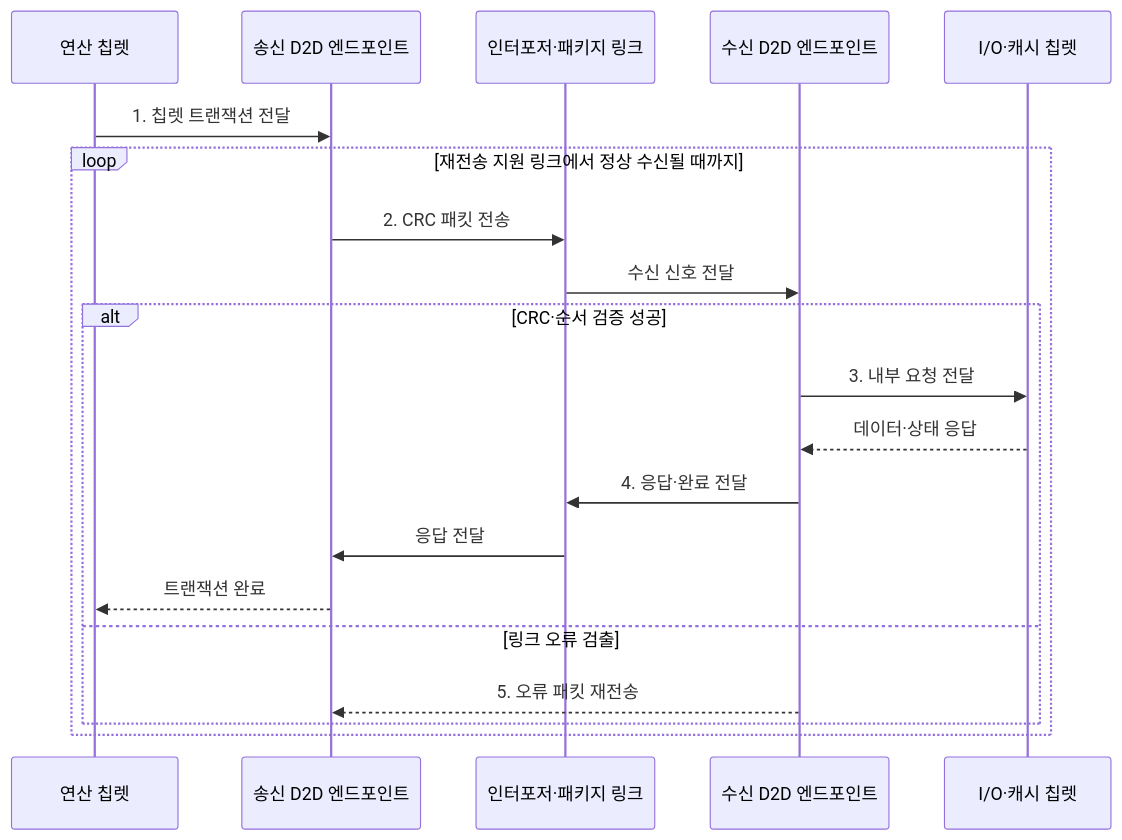
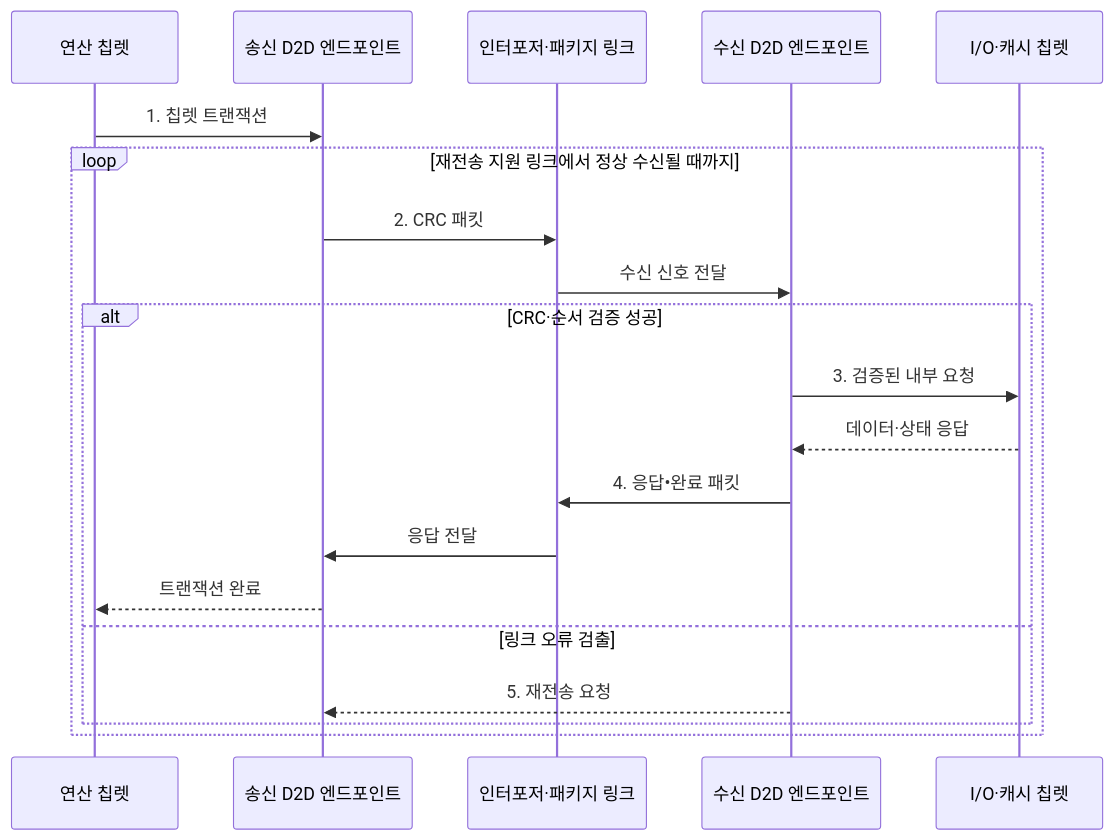
Before and after one commit to agnusdei1207/knowledge-base: the second of 2 diagrams in src/content/docs/notes/02-hardware/049_chiplet.md, drawn with Mermaid. The commit also changed other lines of this file and 20 other files, not shown here.

````diff
--- a/src/content/docs/notes/02-hardware/049_chiplet.md
+++ b/src/content/docs/notes/02-hardware/049_chiplet.md
@@ -87,23 +89,23 @@
 ```mermaid
 sequenceDiagram
     participant C as 연산 칩렛
     participant A as 송신 D2D 엔드포인트
     participant L as 인터포저·패키지 링크
     participant B as 수신 D2D 엔드포인트
     participant I as I/O·캐시 칩렛
 
-    C->>A: 1. 칩렛 트랜잭션 전달
+    C->>A: 1. 칩렛 트랜잭션
     loop 재전송 지원 링크에서 정상 수신될 때까지
-        A->>L: 2. CRC 패킷 전송
+        A->>L: 2. CRC 패킷
         L->>B: 수신 신호 전달
         alt CRC·순서 검증 성공
-            B->>I: 3. 내부 요청 전달
+            B->>I: 3. 검증된 내부 요청
             I-->>B: 데이터·상태 응답
-            B->>L: 4. 응답·완료 전달
+            B->>L: 4. 응답•완료 패킷
             L->>A: 응답 전달
             A-->>C: 트랜잭션 완료
         else 링크 오류 검출
-            B-->>A: 5. 오류 패킷 재전송
+            B-->>A: 5. 재전송 요청
         end
     end
 ```
````
